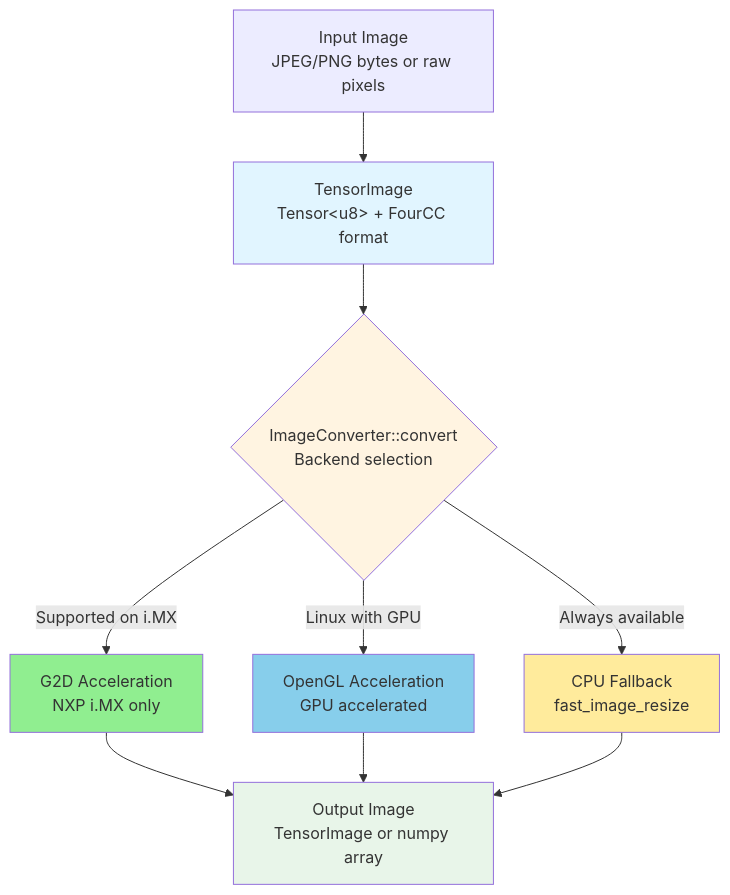
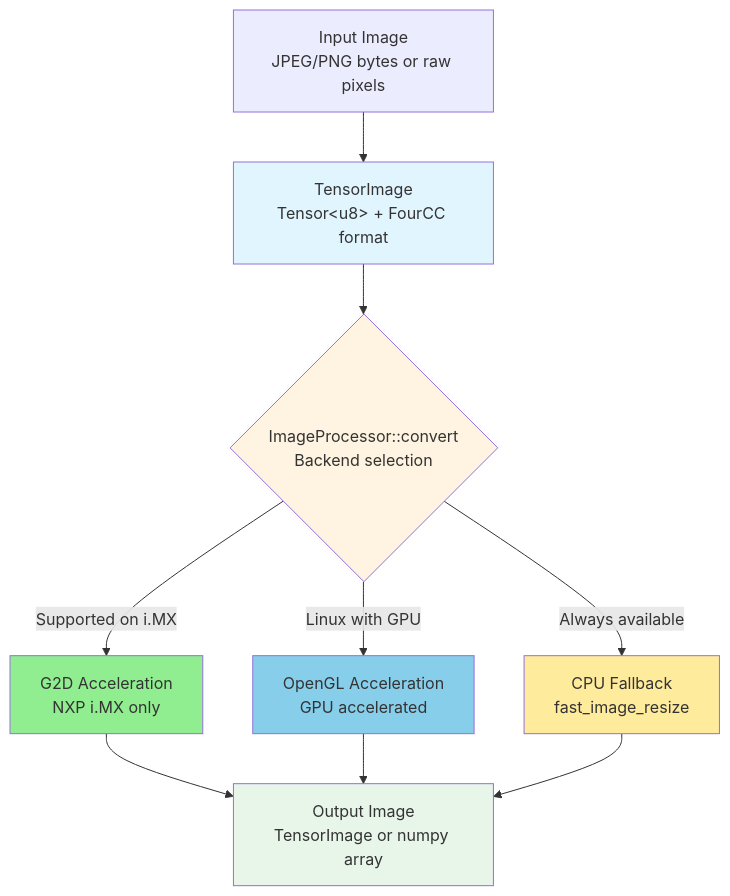
One commit to EdgeFirstAI/hal changed the fifth of 11 diagrams in ARCHITECTURE.md. Above: the diagram before and after it, drawn with Mermaid. The commit also changed other lines of this file and 22 other files, not shown here.

````diff
--- a/ARCHITECTURE.md
+++ b/ARCHITECTURE.md
@@ -154,26 +154,26 @@
 ```mermaid
 flowchart TD
     Input[Input Image<br/>JPEG/PNG bytes or raw pixels]
     TI[TensorImage<br/>Tensor&lt;u8&gt; + FourCC format]
-    Conv{ImageConverter::convert<br/>Backend selection}
+    Conv{ImageProcessor::convert<br/>Backend selection}
     G2D[G2D Acceleration<br/>NXP i.MX only]
     GL[OpenGL Acceleration<br/>GPU accelerated]
     CPU[CPU Fallback<br/>fast_image_resize]
     Output[Output Image<br/>TensorImage or numpy array]
     
     Input --> TI
     TI --> Conv
     Conv -->|Supported on i.MX| G2D
     Conv -->|Linux with GPU| GL
     Conv -->|Always available| CPU
     G2D --> Output
     GL --> Output
     CPU --> Output
     
     style TI fill:#e1f5ff
     style Conv fill:#fff4e1
     style G2D fill:#90ee90
     style GL fill:#87ceeb
     style CPU fill:#ffeb9c
     style Output fill:#e8f5e9
 ```
````
